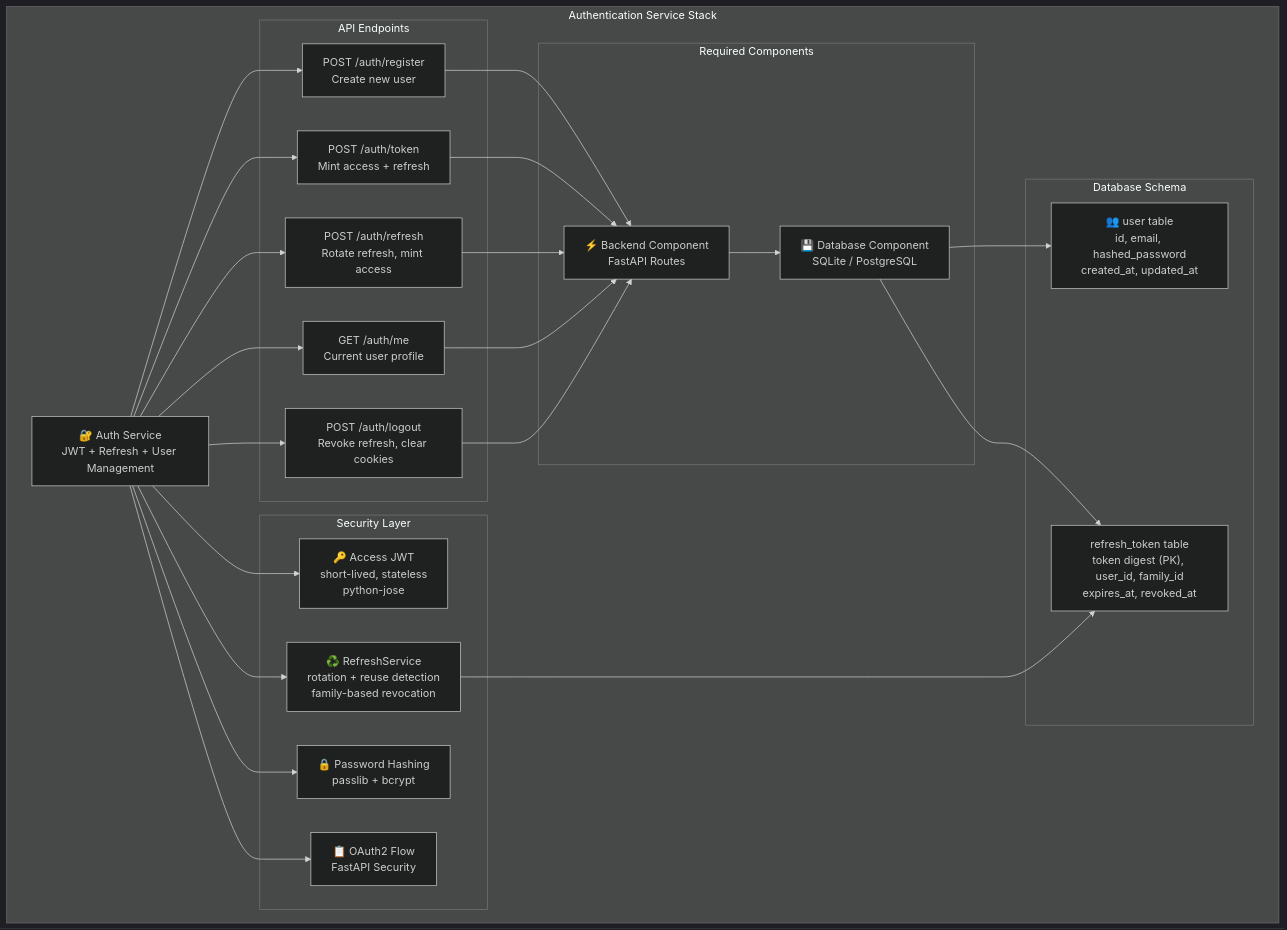
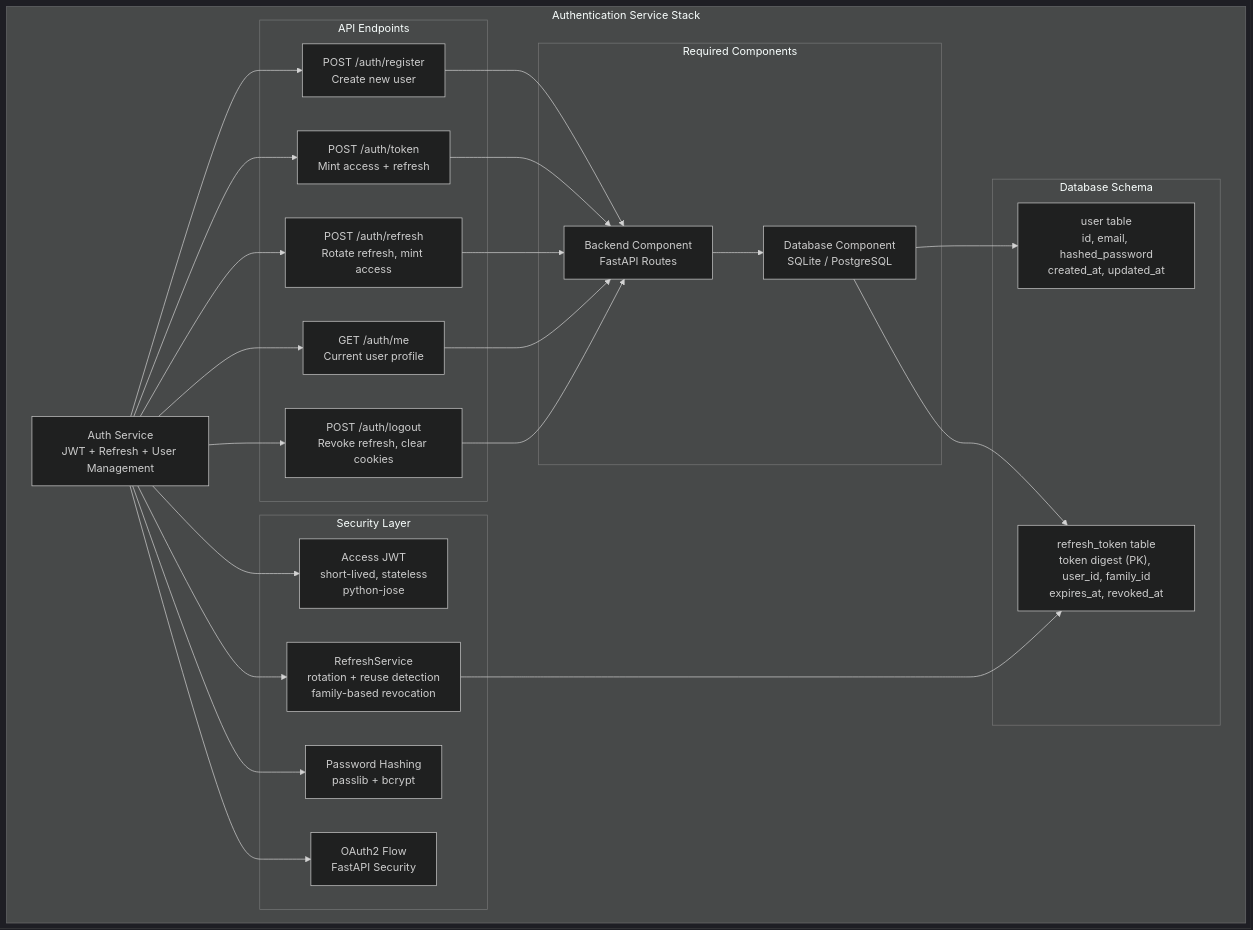
One commit to lbedner/aegis-stack changed the first of 3 diagrams in docs/services/auth/index.md. Above: the diagram before and after it, drawn with Mermaid (dark theme). The commit also changed 22 other files, not shown here.

````diff
--- a/docs/services/auth/index.md
+++ b/docs/services/auth/index.md
@@ -47,55 +47,55 @@
 ```mermaid
 graph TB
     subgraph "Authentication Service Stack"
-        AuthService["🔐 Auth Service<br/>JWT + Refresh + User Management"]
+        AuthService["Auth Service<br/>JWT + Refresh + User Management"]
 
         subgraph "API Endpoints"
             Register["POST /auth/register<br/>Create new user"]
             Login["POST /auth/token<br/>Mint access + refresh"]
             Refresh["POST /auth/refresh<br/>Rotate refresh, mint access"]
             Profile["GET /auth/me<br/>Current user profile"]
             Logout["POST /auth/logout<br/>Revoke refresh, clear cookies"]
         end
 
         subgraph "Required Components"
-            Backend["⚡ Backend Component<br/>FastAPI Routes"]
-            Database["💾 Database Component<br/>SQLite / PostgreSQL"]
+            Backend["Backend Component<br/>FastAPI Routes"]
+            Database["Database Component<br/>SQLite / PostgreSQL"]
         end
 
         subgraph "Security Layer"
-            JWT["🔑 Access JWT<br/>short-lived, stateless<br/>python-jose"]
-            RefreshSvc["♻️ RefreshService<br/>rotation + reuse detection<br/>family-based revocation"]
-            Passwords["🔒 Password Hashing<br/>passlib + bcrypt"]
-            OAuth2["📋 OAuth2 Flow<br/>FastAPI Security"]
+            JWT["Access JWT<br/>short-lived, stateless<br/>python-jose"]
+            RefreshSvc["RefreshService<br/>rotation + reuse detection<br/>family-based revocation"]
+            Passwords["Password Hashing<br/>passlib + bcrypt"]
+            OAuth2["OAuth2 Flow<br/>FastAPI Security"]
         end
 
         subgraph "Database Schema"
-            Users["👥 user table<br/>id, email, hashed_password<br/>created_at, updated_at"]
+            Users["user table<br/>id, email, hashed_password<br/>created_at, updated_at"]
             RefreshTokens["refresh_token table<br/>token digest (PK), user_id, family_id<br/>expires_at, revoked_at"]
         end
     end
 
     AuthService --> Register
     AuthService --> Login
     AuthService --> Refresh
     AuthService --> Profile
     AuthService --> Logout
 
     Register --> Backend
     Login --> Backend
     Refresh --> Backend
     Profile --> Backend
     Logout --> Backend
 
     Backend --> Database
 
     AuthService --> JWT
     AuthService --> RefreshSvc
     AuthService --> Passwords
     AuthService --> OAuth2
 
     RefreshSvc --> RefreshTokens
     Database --> Users
     Database --> RefreshTokens
 
 ```
````
